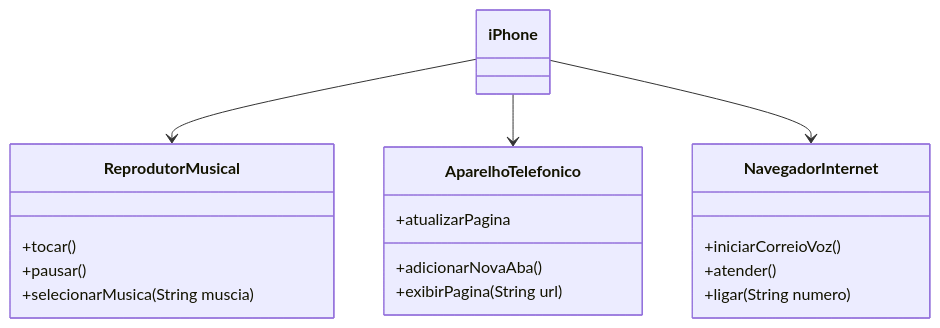
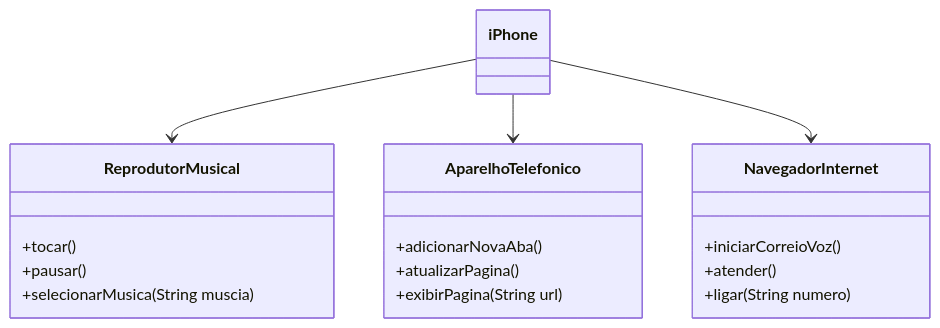
The diagram in DesafioIphone/README.md (Thiago-camposs/DesafiosJava), drawn with Mermaid before and after one commit.

Commit message:
Diagrama UML Iphone

````diff
--- a/DesafioIphone/README.md
+++ b/DesafioIphone/README.md
@@ -4,27 +4,27 @@
 ```mermaid
 classDiagram
     class ReprodutorMusical {
         +tocar()
         +pausar()
         +selecionarMusica(String muscia)
     }
 
     class AparelhoTelefonico {
         +adicionarNovaAba()
-        +atualizarPagina
+        +atualizarPagina()
         +exibirPagina(String url)
     }
 
     class NavegadorInternet {
         +iniciarCorreioVoz()
         +atender()
         +ligar(String numero)
     }
 
     class iPhone {
     }
 
     iPhone --> ReprodutorMusical
     iPhone --> AparelhoTelefonico
     iPhone --> NavegadorInternet
 ```
````
